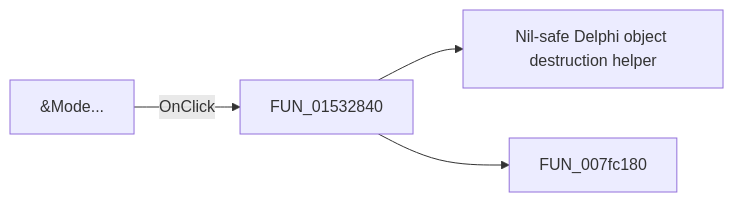
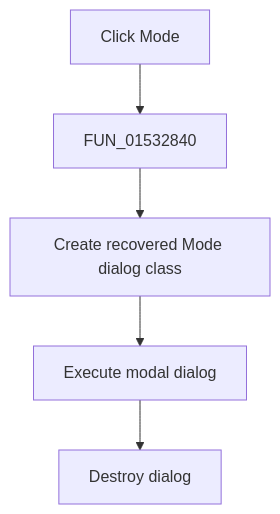
Before and after one commit to MovGP0/TIARA: the diagram in docs/ui-controls/netlisteditor/mimode-bb946c7648.md, drawn with Mermaid. The commit also changed other lines of this file and 1062 other files, not shown here.

````diff
--- a/docs/ui-controls/netlisteditor/mimode-bb946c7648.md
+++ b/docs/ui-controls/netlisteditor/mimode-bb946c7648.md
@@ -27,6 +29,7 @@
 ```mermaid
-flowchart LR
-    control["&Mode..."] -->|OnClick| handler["FUN_01532840"]
-    handler --> call1["Nil-safe Delphi object destruction helper"]
-    handler --> call2["FUN_007fc180"]
+flowchart TD
+    control["Click Mode"] --> handler["FUN_01532840"]
+    handler --> create["Create recovered Mode dialog class"]
+    create --> modal["Execute modal dialog"]
+    modal --> destroy["Destroy dialog"]
 ```
````
